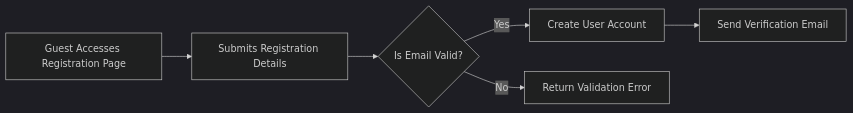
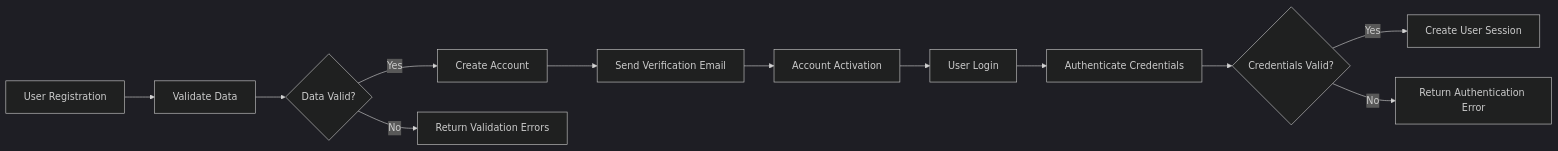
One commit to wrtnlabs/autobe-examples changed the first of 2 diagrams in openai/gpt-4.1-mini/reddit/docs/analysis/00-toc.md. Above: the diagram before and after it, drawn with Mermaid (dark theme). The commit also changed other lines of this file and 22498 other files, not shown here.

````diff
--- a/openai/gpt-4.1-mini/reddit/docs/analysis/00-toc.md
+++ b/openai/gpt-4.1-mini/reddit/docs/analysis/00-toc.md
@@ -113,8 +135,14 @@
 ```mermaid
 graph LR
-  A["Guest Accesses Registration Page"] --> B["Submits Registration Details"]
-  B --> C{"Is Email Valid?"}
-  C -->|"Yes"| D["Create User Account"]
-  C -->|"No"| E["Return Validation Error"]
+  A["User Registration"] --> B["Validate Data"]
+  B --> C{"Data Valid?"}
+  C -->|"Yes"| D["Create Account"]
+  C -->|"No"| E["Return Validation Errors"]
   D --> F["Send Verification Email"]
+  F --> G["Account Activation"]
+  G --> H["User Login"]
+  H --> I["Authenticate Credentials"]
+  I --> J{"Credentials Valid?"}
+  J -->|"Yes"| K["Create User Session"]
+  J -->|"No"| L["Return Authentication Error"]
 ```
````
